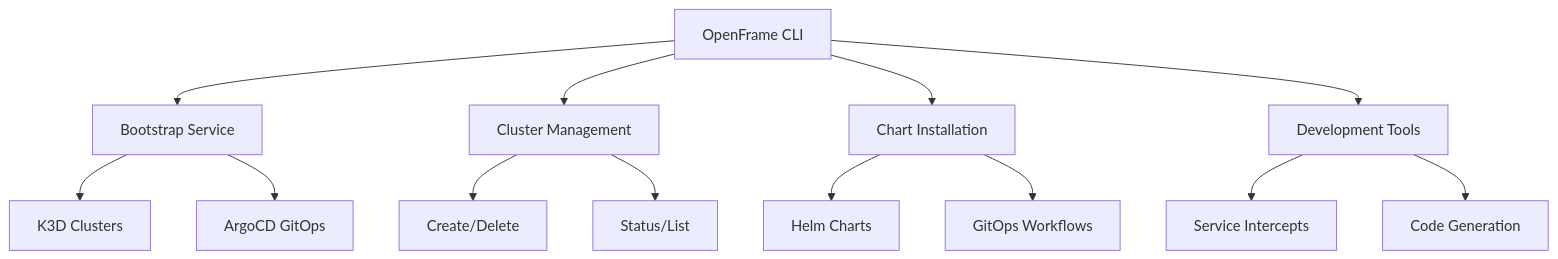
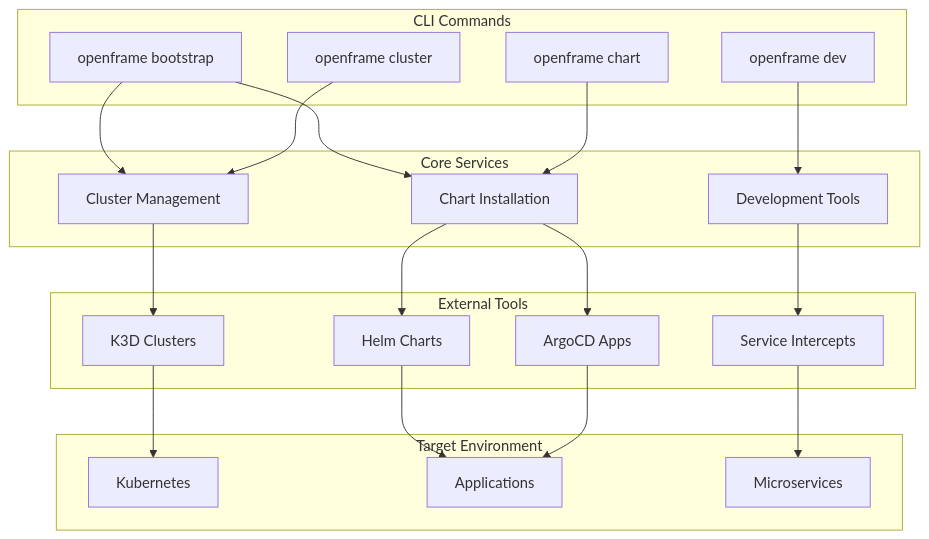
Before and after one commit to Praesto-Pro/openframe-cli: the diagram in docs/getting-started/introduction.md, drawn with Mermaid. The commit also changed other lines of this file and 19 other files, not shown here.

````diff
--- a/docs/getting-started/introduction.md
+++ b/docs/getting-started/introduction.md
@@ -54,19 +61,44 @@
 ```mermaid
 graph TB
-    CLI[OpenFrame CLI] --> Bootstrap[Bootstrap Service]
-    CLI --> Cluster[Cluster Management]
-    CLI --> Charts[Chart Installation]
-    CLI --> Dev[Development Tools]
+    subgraph "CLI Commands"
+        Bootstrap[openframe bootstrap]
+        Cluster[openframe cluster]
+        Chart[openframe chart]
+        Dev[openframe dev]
+    end
     
-    Bootstrap --> K3D[K3D Clusters]
-    Bootstrap --> ArgoCD[ArgoCD GitOps]
+    subgraph "Core Services"
+        ClusterSvc[Cluster Management]
+        ChartSvc[Chart Installation]
+        DevSvc[Development Tools]
+    end
     
-    Cluster --> Create[Create/Delete]
-    Cluster --> Status[Status/List]
+    subgraph "External Tools"
+        K3D[K3D Clusters]
+        Helm[Helm Charts]
+        ArgoCD[ArgoCD Apps]
+        Telepresence[Service Intercepts]
+    end
     
-    Charts --> Helm[Helm Charts]
-    Charts --> GitOps[GitOps Workflows]
+    subgraph "Target Environment"
+        K8s[Kubernetes]
+        Apps[Applications]
+        Services[Microservices]
+    end
     
-    Dev --> Intercept[Service Intercepts]
-    Dev --> Scaffold[Code Generation]
+    Bootstrap --> ClusterSvc
+    Bootstrap --> ChartSvc
+    Cluster --> ClusterSvc
+    Chart --> ChartSvc
+    Dev --> DevSvc
+    
+    ClusterSvc --> K3D
+    ChartSvc --> Helm
+    ChartSvc --> ArgoCD
+    DevSvc --> Telepresence
+    
+    K3D --> K8s
+    Helm --> Apps
+    ArgoCD --> Apps
+    Telepresence --> Services
 ```
````
